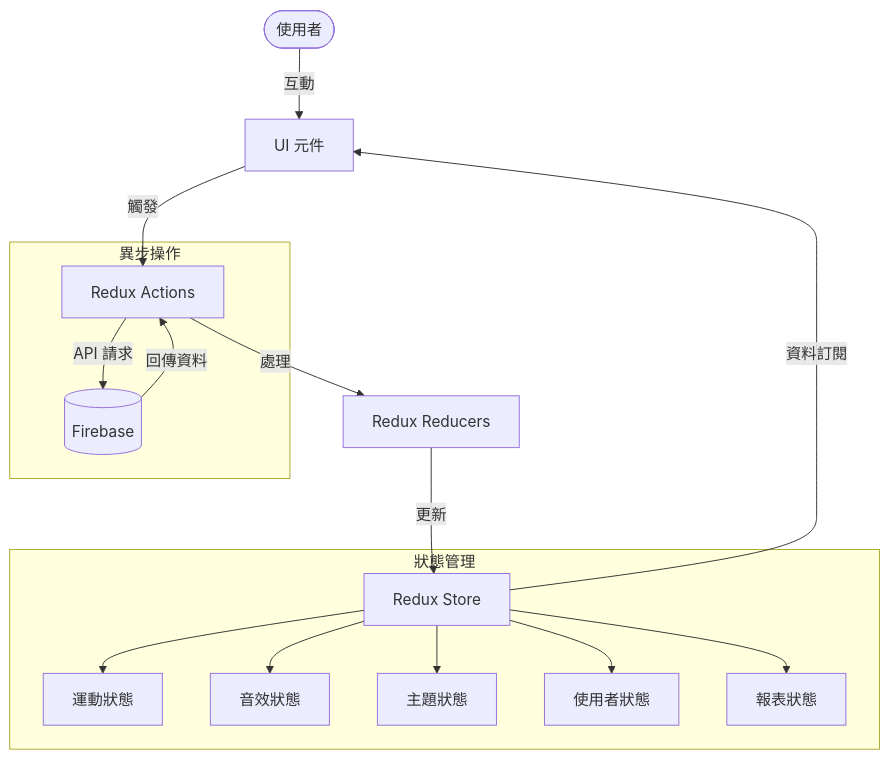
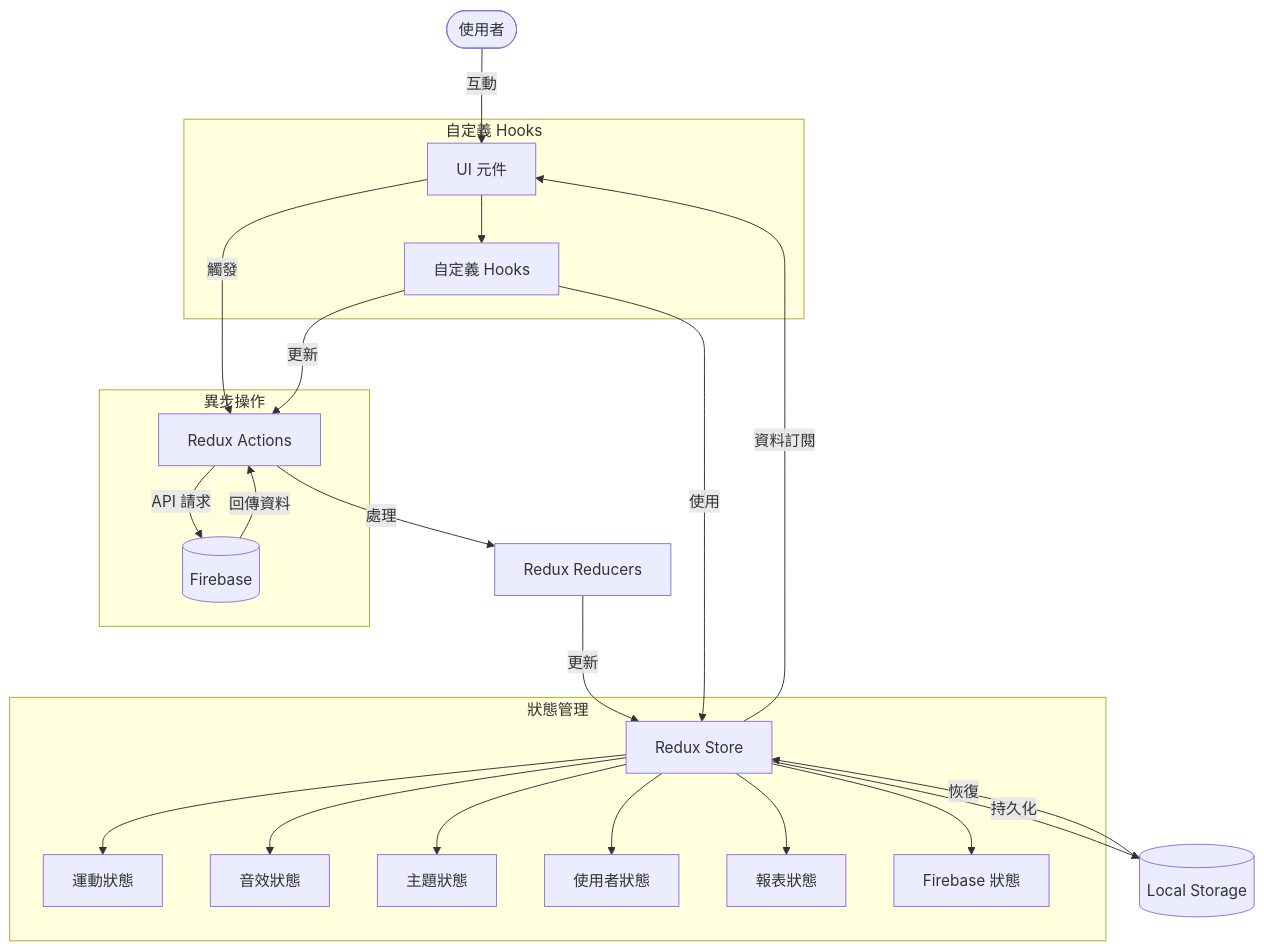
The second of 4 diagrams in README.md (dddenrose/FitnessPartner), drawn with Mermaid before and after one commit. The commit also changed other lines of this file, not shown here.

Commit message:
更新 README.md，擴充應用架構與元件結構說明，新增 Redux Persist 支持及自定義 Hooks 分類

````diff
--- a/README.md
+++ b/README.md
@@ -210,21 +383,30 @@
 ```mermaid
 flowchart TB
     User([使用者]) --> |互動| UI[UI 元件]
     UI --> |觸發| Actions[Redux Actions]
     Actions --> |處理| Reducers[Redux Reducers]
     Reducers --> |更新| Store[Redux Store]
     Store --> |資料訂閱| UI
+    Store --> |持久化| LocalStorage[(Local Storage)]
+    LocalStorage --> |恢復| Store
 
     subgraph "異步操作"
         Actions --> |API 請求| Firebase[(Firebase)]
         Firebase --> |回傳資料| Actions
     end
 
     subgraph "狀態管理"
         Store --> ExerciseState[運動狀態]
         Store --> AudioState[音效狀態]
         Store --> ThemeState[主題狀態]
         Store --> UserState[使用者狀態]
         Store --> ReportState[報表狀態]
+        Store --> FirebaseState[Firebase 狀態]
+    end
+
+    subgraph "自定義 Hooks"
+        UI --> CustomHooks[自定義 Hooks]
+        CustomHooks --> |使用| Store
+        CustomHooks --> |更新| Actions
     end
 ```
````
